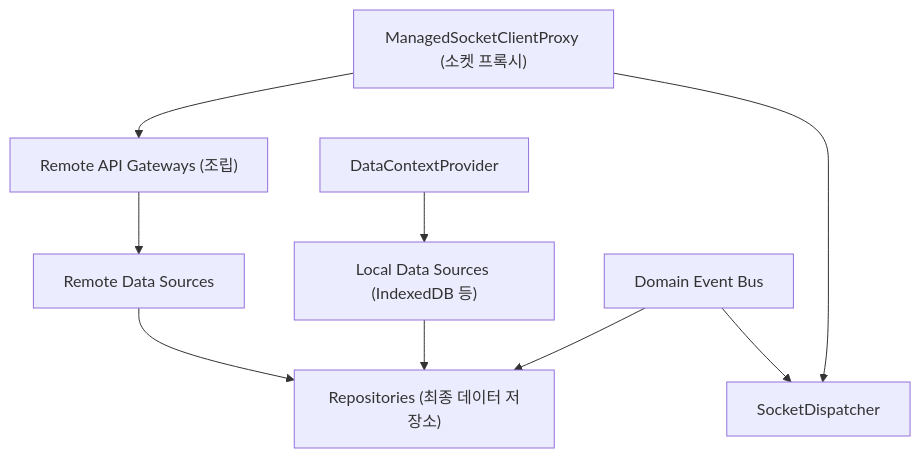
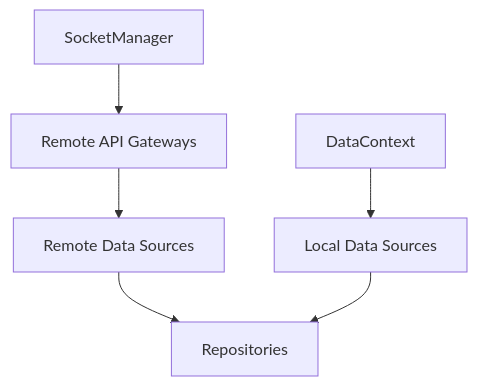
One commit to lemoncloud-io/dou-app changed the diagram in libs/app-runtime/docs/data/data.md. Above: the diagram before and after it, drawn with Mermaid. The commit also changed other lines of this file and 7 other files, not shown here.

````diff
--- a/libs/app-runtime/docs/data/data.md
+++ b/libs/app-runtime/docs/data/data.md
@@ -17,14 +14,8 @@
 ```mermaid
 flowchart TD
-  Proxy["ManagedSocketClientProxy (소켓 프록시)"] --> Gateways["Remote API Gateways (조립)"]
+  SocketManager["SocketManager"] --> Gateways["Remote API Gateways"]
   Gateways --> Remote["Remote Data Sources"]
-
-  Context["DataContextProvider"] --> Local["Local Data Sources (IndexedDB 등)"]
-
-  Remote --> Repo["Repositories (최종 데이터 저장소)"]
+  Context["DataContext"] --> Local["Local Data Sources"]
+  Remote --> Repo["Repositories"]
   Local --> Repo
-
-  EventBus["Domain Event Bus"] --> Repo
-  EventBus --> Dispatcher["SocketDispatcher"]
-  Proxy --> Dispatcher
 ```
````
